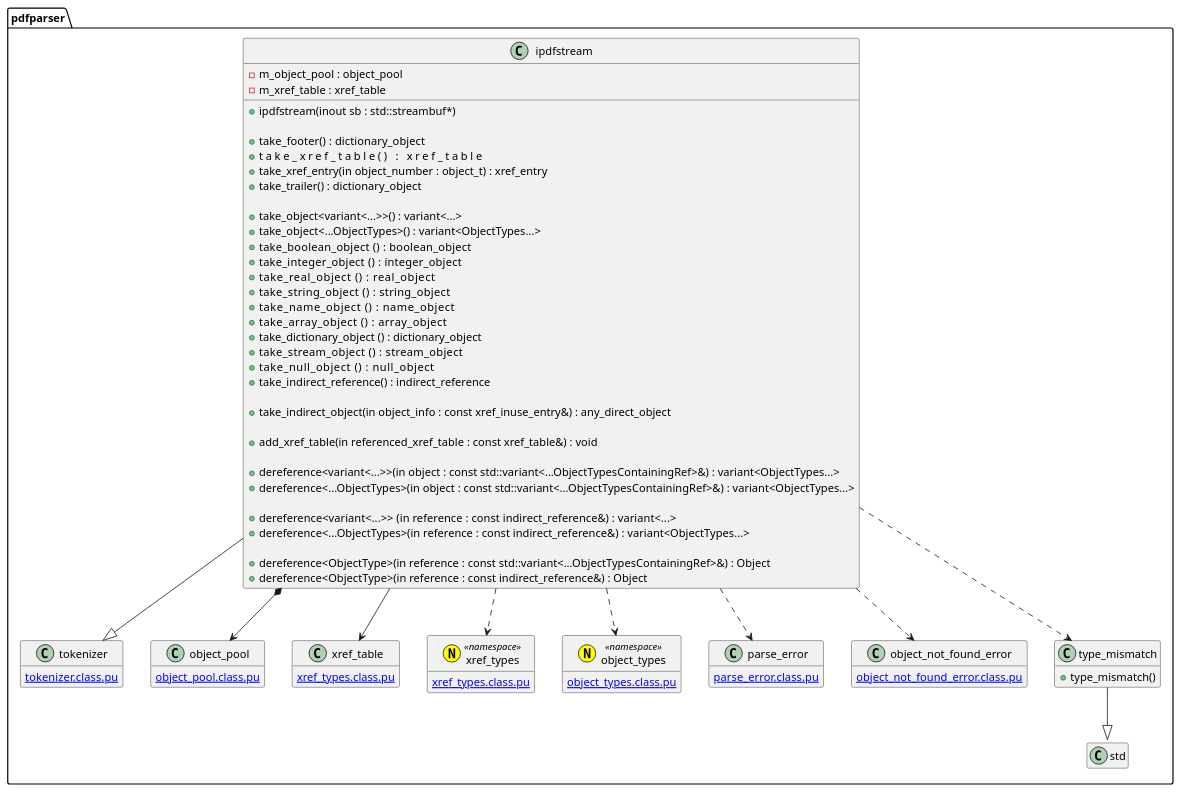
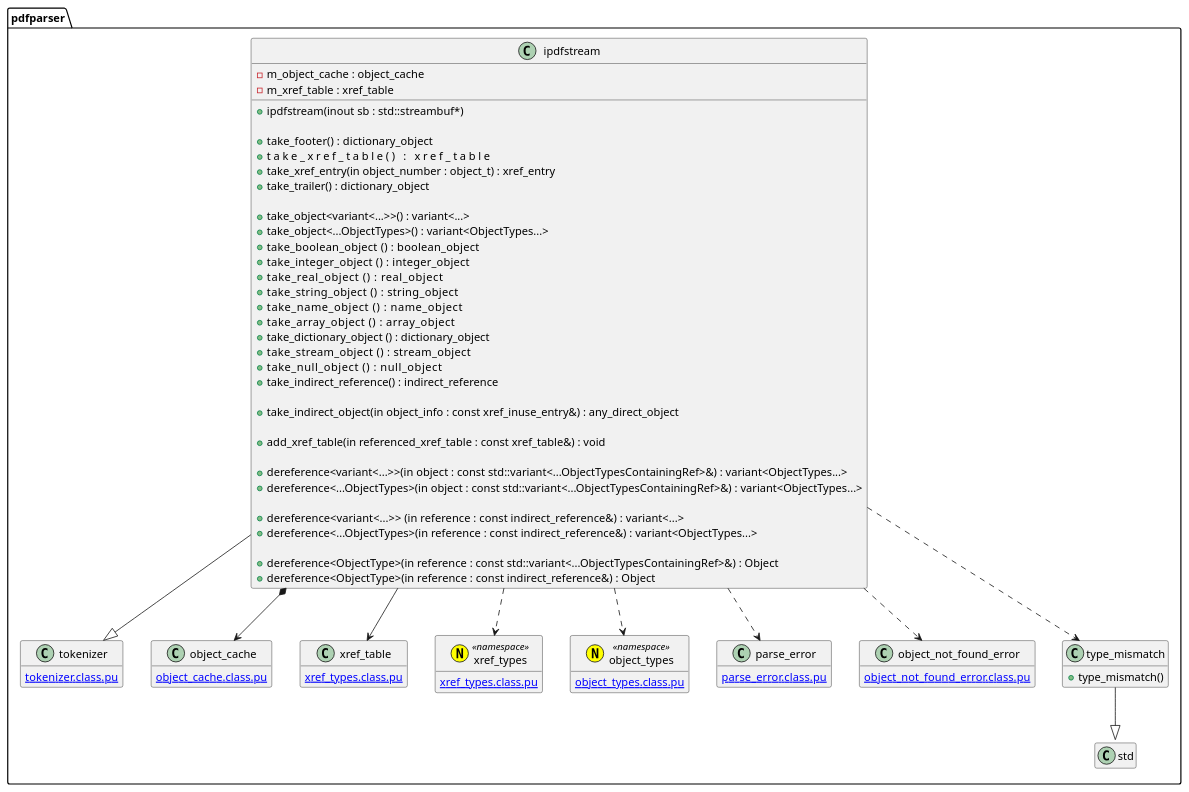
The diagram in document/document_reader/ipdfstream/ipdfstream.class.pu (KodaiYM/PDFReader), drawn with PlantUML before and after one commit. The commit also changed 23 other files, not shown here.

Commit message:
rename object_pool -> object_cache

```diff
--- a/document/document_reader/ipdfstream/ipdfstream.class.pu
+++ b/document/document_reader/ipdfstream/ipdfstream.class.pu
@@ -1,79 +1,79 @@
 @startuml ipdfstream
 hide empty members
 namespace pdfparser {
 class ipdfstream {
-	-m_object_pool : object_pool
+	-m_object_cache : object_cache
 	-m_xref_table : xref_table
 	+ipdfstream(inout sb : std::streambuf*)
 
 	+take_footer()  : dictionary_object
 	+take_xref_table()                            : xref_table
 	+take_xref_entry(in object_number : object_t) : xref_entry
 	+take_trailer() : dictionary_object
 
 	+take_object<variant<...>>() : variant<...>
 	+take_object<...ObjectTypes>() : variant<ObjectTypes...>
 	+take_boolean_object    () : boolean_object
 	+take_integer_object    () : integer_object
 	+take_real_object       () : real_object
 	+take_string_object     () : string_object
 	+take_name_object       () : name_object
 	+take_array_object      () : array_object
 	+take_dictionary_object () : dictionary_object
 	+take_stream_object     () : stream_object
 	+take_null_object       () : null_object
 	+take_indirect_reference() : indirect_reference
 
 	+take_indirect_object(in object_info : const xref_inuse_entry&) : any_direct_object
 
 	+add_xref_table(in referenced_xref_table : const xref_table&) : void
 
-	' from object_pool
+	' from object_cache
 	' NOTE: variant 版は必要になったら実装
 	+dereference<variant<...>>(in object : const std::variant<...ObjectTypesContainingRef>&) : variant<ObjectTypes...>
 	+dereference<...ObjectTypes>(in object : const std::variant<...ObjectTypesContainingRef>&) : variant<ObjectTypes...>
 
 	' NOTE: variant 版は必要になったら実装
 	+dereference<variant<...>>  (in reference : const indirect_reference&) : variant<...>
 	+dereference<...ObjectTypes>(in reference : const indirect_reference&) : variant<ObjectTypes...>
 
 	+dereference<ObjectType>(in reference : const std::variant<...ObjectTypesContainingRef>&) : Object
 	+dereference<ObjectType>(in reference : const indirect_reference&) : Object
 }
 ipdfstream --|> tokenizer
-ipdfstream *--> object_pool
+ipdfstream *--> object_cache
 ipdfstream --> xref_table
 ipdfstream ..> xref_types
 ipdfstream ..> object_types
 ipdfstream ..> parse_error
 ipdfstream ..> object_not_found_error
 ipdfstream ..> type_mismatch
 
 
 class tokenizer {
 	[[tokenizer.class.pu]]
 }
 class xref_table {
 	[[xref_types.class.pu]]
 }
-class object_pool {
-	[[object_pool.class.pu]]
+class object_cache {
+	[[object_cache.class.pu]]
 }
 annotation xref_types <<(N, yellow) namespace>> {
 	[[xref_types.class.pu]]
 }
 annotation object_types <<(N, yellow) namespace>> {
 	[[object_types.class.pu]]
 }
 class parse_error {
 	[[parse_error.class.pu]]
 }
 class object_not_found_error {
 	[[object_not_found_error.class.pu]]
 }
 class type_mismatch {
 	+type_mismatch()
 }
 type_mismatch --|> std::runtime_error
 }
 @enduml
```
